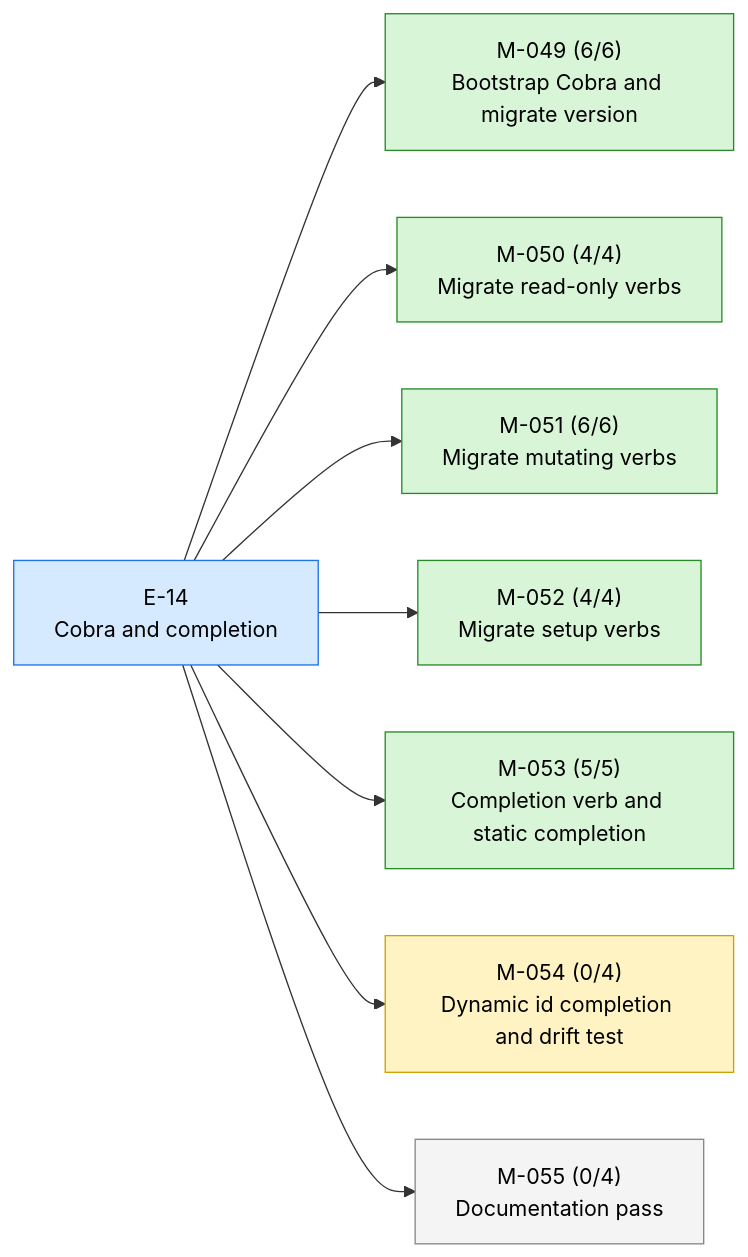
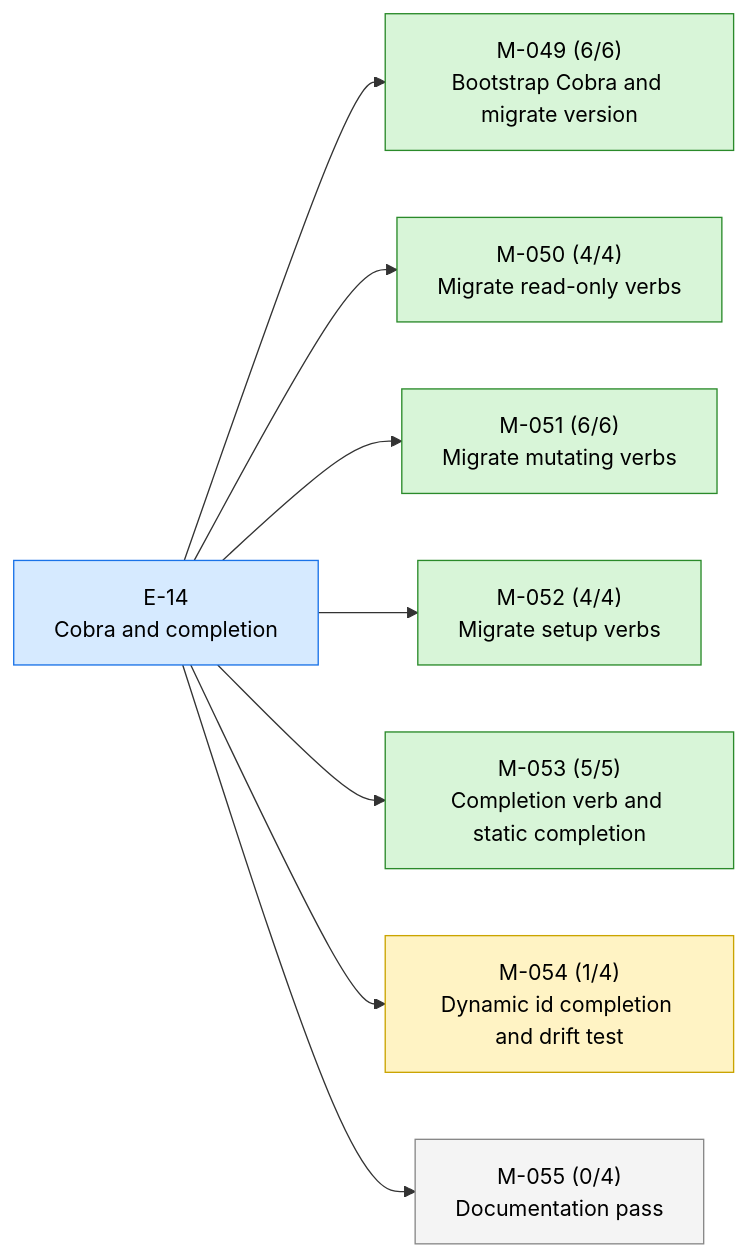
One commit to 23min/aiwf changed the first of 2 diagrams in STATUS.md. Above: the diagram before and after it, drawn with Mermaid. The commit also changed other lines of this file and 1 other file, not shown here.

Commit message:
aiwf promote M-054/AC-1 open -> met
aiwf-verb: promote
aiwf-entity: M-054/AC-1
aiwf-actor: human/peter
aiwf-to: met

````diff
--- a/STATUS.md
+++ b/STATUS.md
@@ -17,24 +17,24 @@
 ```mermaid
 flowchart LR
   E_14["E-14<br/>Cobra and completion"]:::epic_active
   M_049["M-049 (6/6)<br/>Bootstrap Cobra and migrate version"]:::ms_done
   E_14 --> M_049
   M_050["M-050 (4/4)<br/>Migrate read-only verbs"]:::ms_done
   E_14 --> M_050
   M_051["M-051 (6/6)<br/>Migrate mutating verbs"]:::ms_done
   E_14 --> M_051
   M_052["M-052 (4/4)<br/>Migrate setup verbs"]:::ms_done
   E_14 --> M_052
   M_053["M-053 (5/5)<br/>Completion verb and static completion"]:::ms_done
   E_14 --> M_053
-  M_054["M-054 (0/4)<br/>Dynamic id completion and drift test"]:::ms_in_progress
+  M_054["M-054 (1/4)<br/>Dynamic id completion and drift test"]:::ms_in_progress
   E_14 --> M_054
   M_055["M-055 (0/4)<br/>Documentation pass"]:::ms_draft
   E_14 --> M_055
   classDef epic_active fill:#d6eaff,stroke:#1a73e8,color:#000
   classDef epic_proposed fill:#f4f4f4,stroke:#888,color:#000
   classDef ms_done fill:#d8f5d8,stroke:#2a8a2a,color:#000
   classDef ms_in_progress fill:#fff3c4,stroke:#caa400,color:#000
   classDef ms_draft fill:#f4f4f4,stroke:#888,color:#000
   classDef ms_cancelled fill:#fbeaea,stroke:#c33,color:#000
 ```
````
